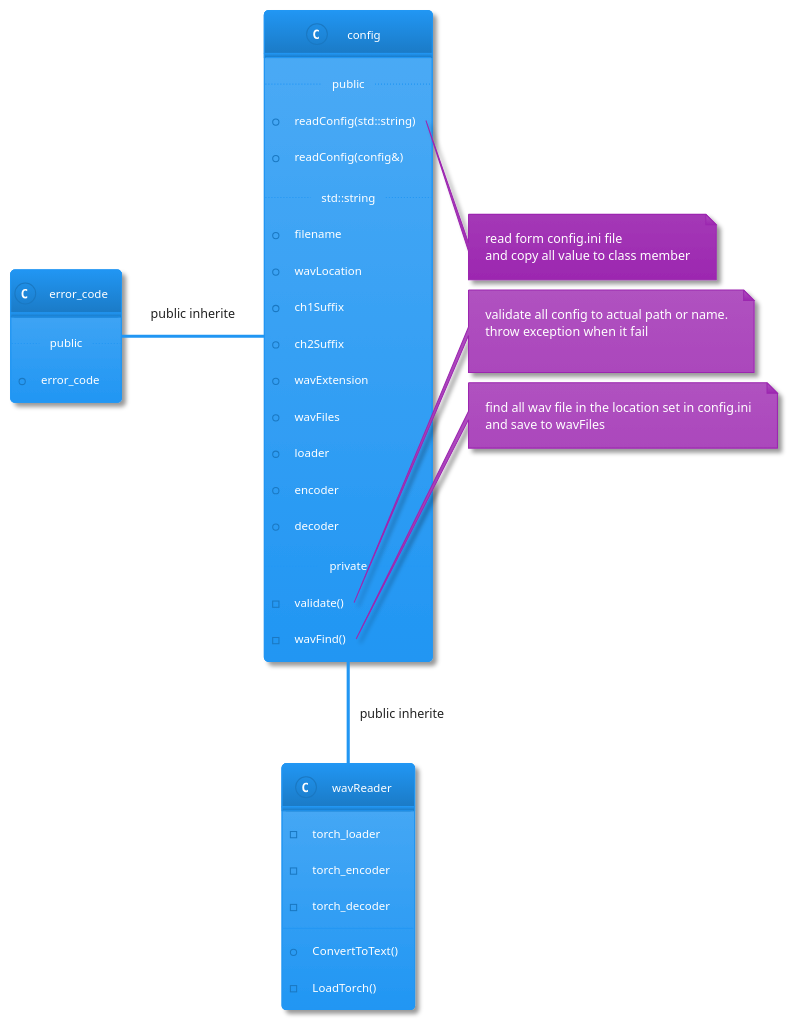
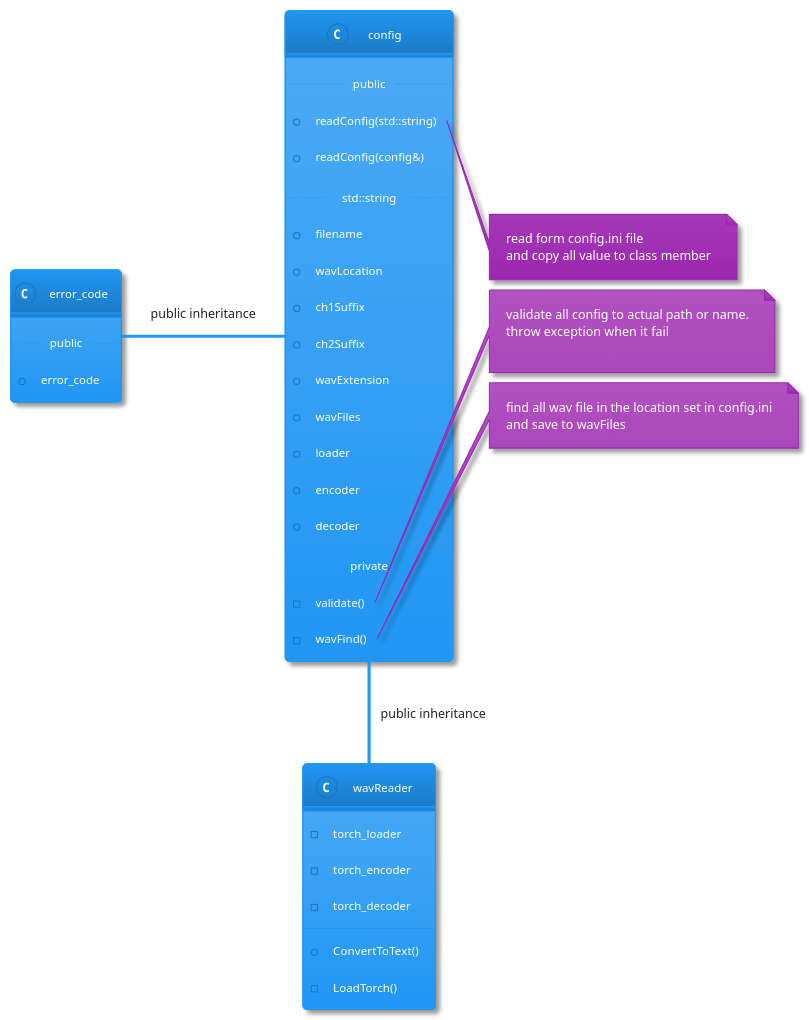
Before and after one commit to kenzanin/speech2text: the diagram in docs/uml/wav2text.puml, drawn with PlantUML.

Commit message:
correct spelling

```diff
--- a/docs/uml/wav2text.puml
+++ b/docs/uml/wav2text.puml
@@ -1,57 +1,57 @@
 @startuml wav2text class
 !theme materia
 
     class config{
         .. public ..
         + readConfig(std::string)
         + readConfig(config&)
         .. std::string ..
         + filename
         + wavLocation
         + ch1Suffix
         + ch2Suffix
         + wavExtension
         + wavFiles
         + loader
         + encoder
         + decoder
         .. private ..
         - validate()
         - wavFind()
     }
 
     note right of config::readConfig(std::string)
         read form config.ini file
         and copy all value to class member
     end note
 
     note right of config::validate()
         validate all config to actual path or name.
         throw exception when it fail
 
     end note
 
     note right of config::wavFind()
         find all wav file in the location set in config.ini
         and save to wavFiles
     end note
 
 
     class error_code{
         .. public ..
         + error_code
     }
 
-    error_code - config : public inherite
+    error_code - config : public inheritance
 
     class wavReader {
         + ConvertToText()
         - LoadTorch()
         - torch_loader
         - torch_encoder
         - torch_decoder
     }
 
-    config -- wavReader : public inherite
+    config -- wavReader : public inheritance
 
 @enduml
```
